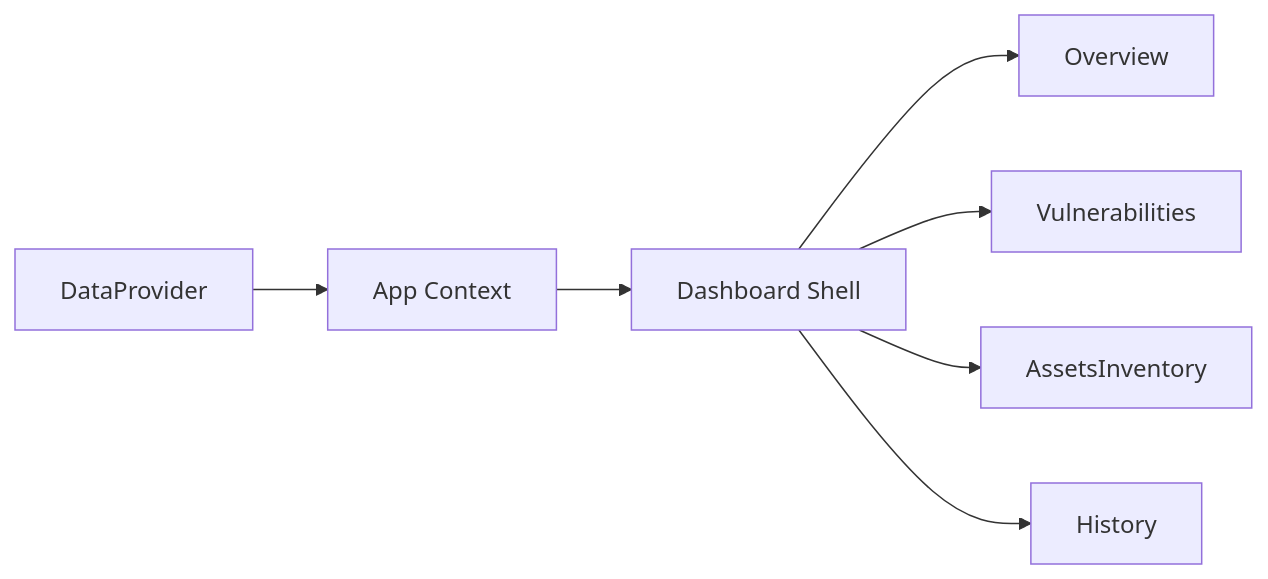
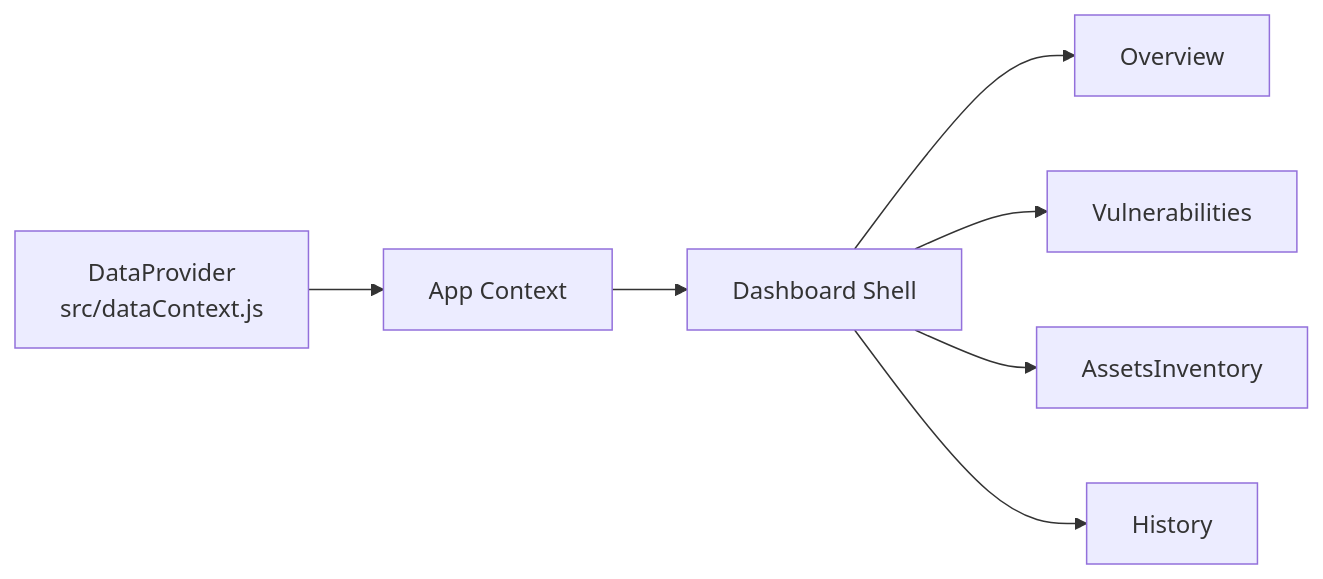
The third of 5 diagrams in README.md (InfraCrawlers/EVAPA-Dashboard), drawn with Mermaid before and after one commit. The commit also changed other lines of this file and 12 other files, not shown here.

````diff
--- a/README.md
+++ b/README.md
@@ -183,17 +244,17 @@
 ```mermaid
 graph LR
-  DP[DataProvider]
+  DP[DataProvider<br/>src/dataContext.js]
   Context[App Context]
   Dashboard[Dashboard Shell]
   Overview[Overview]
   Vuln[Vulnerabilities]
   Assets[AssetsInventory]
   History[History]
 
   DP --> Context
   Context --> Dashboard
   Dashboard --> Overview
   Dashboard --> Vuln
   Dashboard --> Assets
   Dashboard --> History
 ```
````
